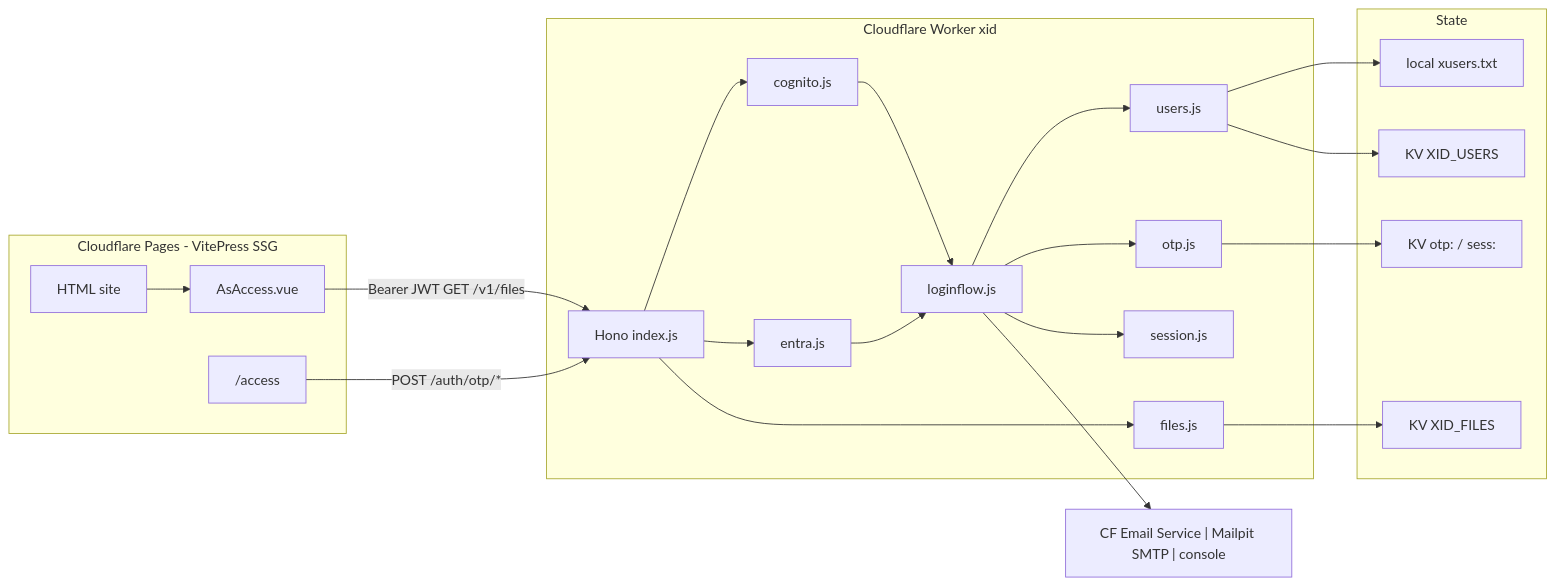
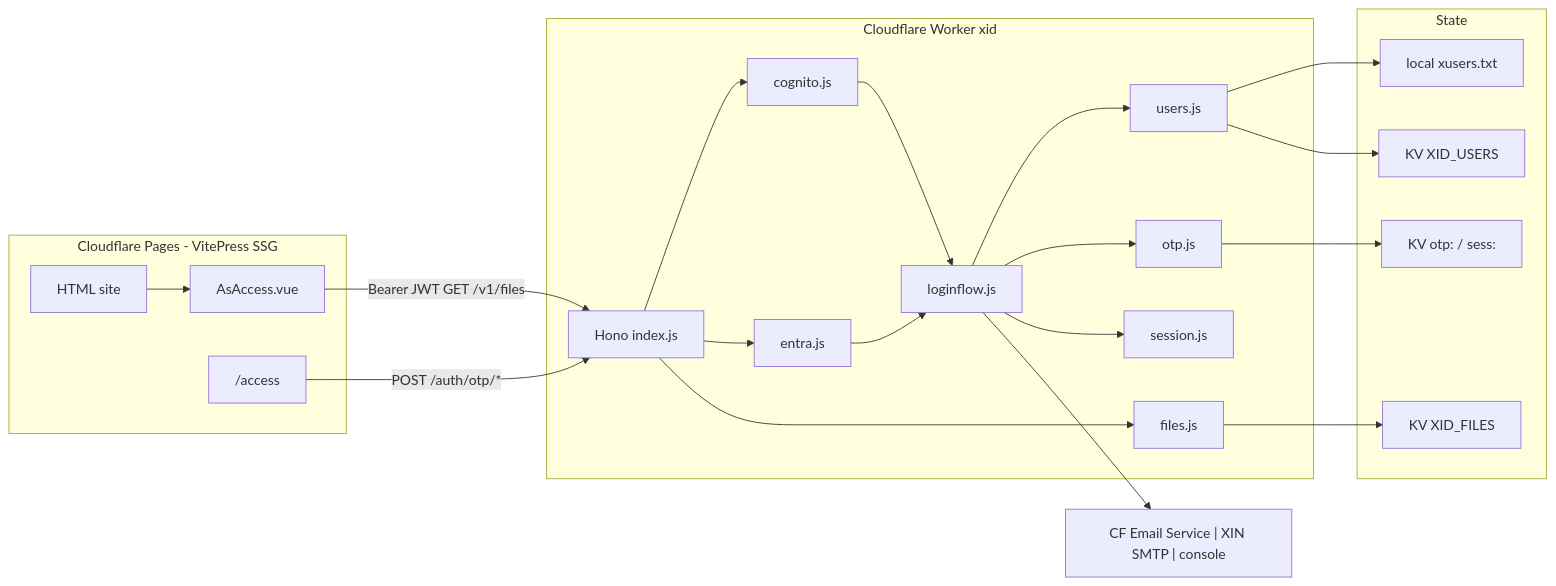
The first of 3 diagrams in README.md (kaesar/onmind-xid), drawn with Mermaid before and after one commit. The commit also changed other lines of this file and 10 other files, not shown here.

Commit message:
v0.8.0 Includes IaC with AWS-CDK. Changes references from Mailpit to OnMind-XIN as SMTP sink service. Now "mail.js" allows to use OnMind-XIN in AWS Lambda (without SMTP) by HTTP API

````diff
--- a/README.md
+++ b/README.md
@@ -50,41 +50,41 @@
 ```mermaid
 flowchart LR
   subgraph pages [Cloudflare Pages - VitePress SSG]
     Site[HTML site]
     AsAccess[AsAccess.vue]
     Access["/access"]
   end
   subgraph worker [Cloudflare Worker xid]
     Hono[Hono index.js]
     Cog[cognito.js]
     Entra[entra.js]
     Flow[loginflow.js]
     Users[users.js]
     OTP[otp.js]
     Files[files.js]
     Sess[session.js]
   end
   subgraph store [State]
     Txt[local xusers.txt]
     KVU[KV XID_USERS]
     KVO["KV otp: / sess:"]
     KVF[KV XID_FILES]
   end
-  Mail["CF Email Service | Mailpit SMTP | console"]
+  Mail["CF Email Service | XIN SMTP | console"]
   Site --> AsAccess
   Access -->|POST /auth/otp/*| Hono
   AsAccess -->|Bearer JWT GET /v1/files| Hono
   Hono --> Cog
   Hono --> Entra
   Hono --> Files
   Cog --> Flow
   Entra --> Flow
   Flow --> Users
   Flow --> OTP
   Flow --> Sess
   Flow --> Mail
   Users --> Txt
   Users --> KVU
   OTP --> KVO
   Files --> KVF
 ```
````
